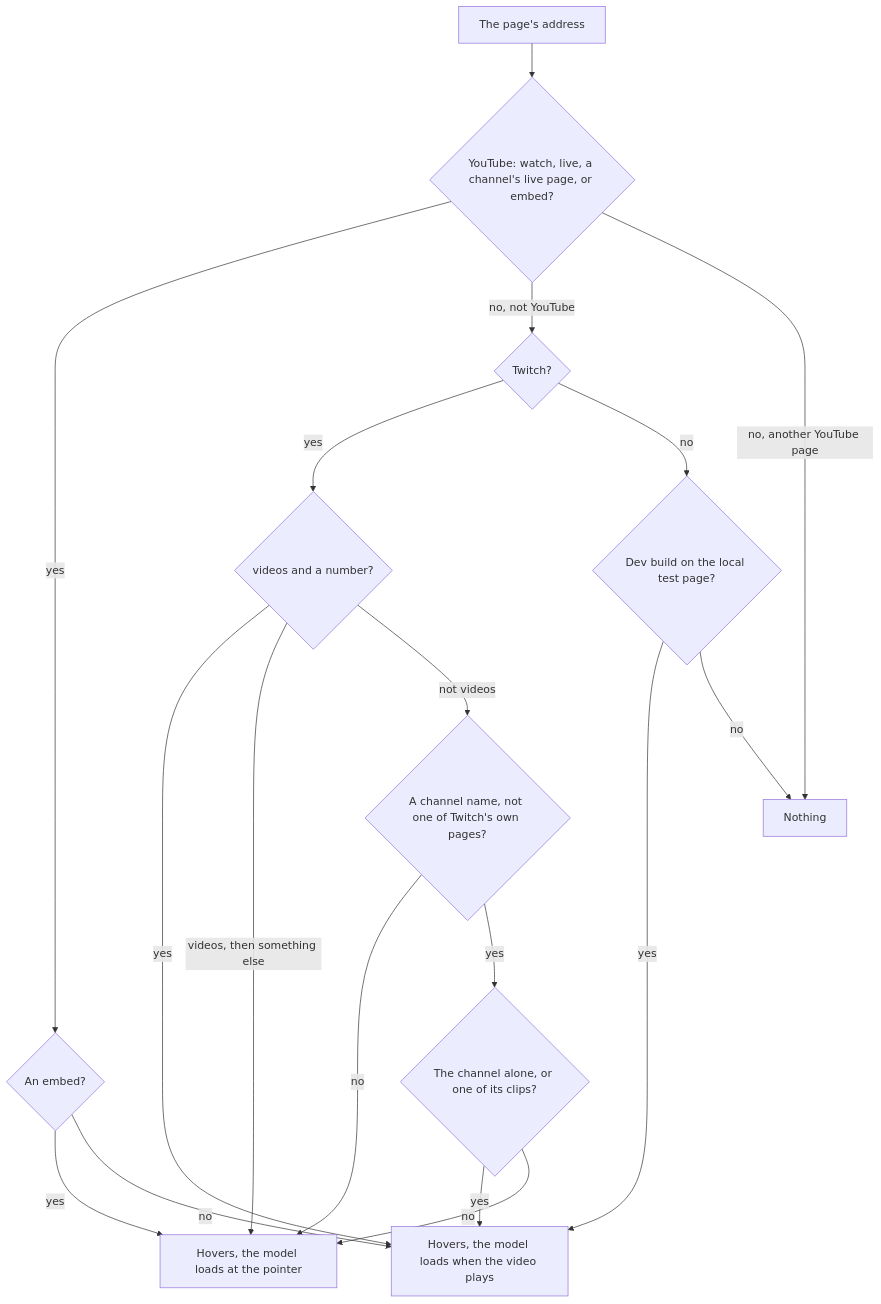
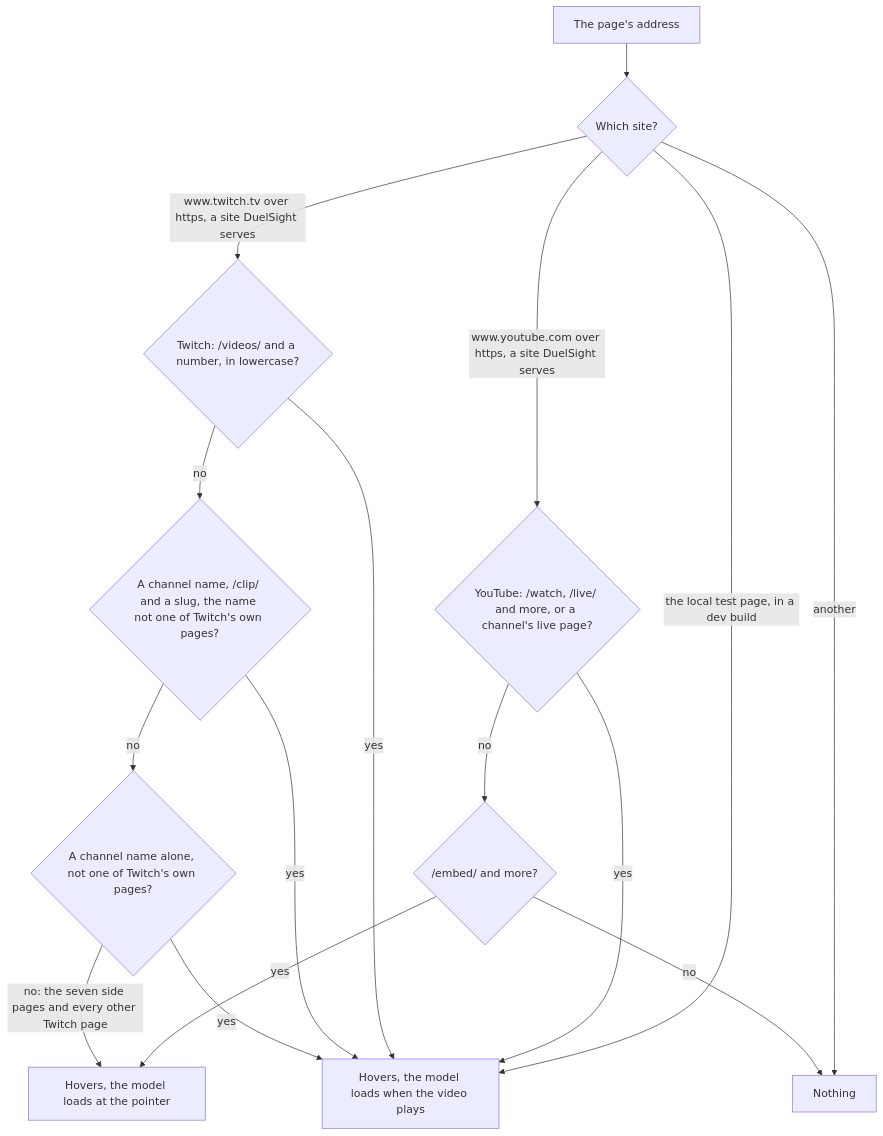
Before and after one commit to ryangswe/duelsight: the third of 14 diagrams in docs/hover-map.md, drawn with Mermaid. The commit also changed other lines of this file and 82 other files, not shown here.

````diff
--- a/docs/hover-map.md
+++ b/docs/hover-map.md
@@ -178,32 +209,29 @@
 ```mermaid
 flowchart TD
   U["The page's address"]
-  YT{"YouTube: watch, live, a channel's live page, or embed?"}
-  TW{"Twitch?"}
-  DEV{"Dev build on the local test page?"}
-  EMB{"An embed?"}
-  VID{"videos and a number?"}
-  CH{"A channel name, not one of Twitch's own pages?"}
-  CL{"The channel alone, or one of its clips?"}
+  S{"Which site?"}
+  YP{"YouTube: /watch, /live/ and more, or a channel's live page?"}
+  YE{"/embed/ and more?"}
+  TV{"Twitch: /videos/ and a number, in lowercase?"}
+  TC{"A channel name, /clip/ and a slug, the name not one of Twitch's own pages?"}
+  TN{"A channel name alone, not one of Twitch's own pages?"}
   NONE["Nothing"]
   HOVER["Hovers, the model loads at the pointer"]
   PLAY["Hovers, the model loads when the video plays"]
 
-  U --> YT
-  YT -->|"yes"| EMB
-  YT -->|"no, not YouTube"| TW
-  YT -->|"no, another YouTube page"| NONE
-  EMB -->|"yes"| HOVER
-  EMB -->|"no"| PLAY
-  TW -->|"yes"| VID
-  TW -->|"no"| DEV
-  DEV -->|"yes"| PLAY
-  DEV -->|"no"| NONE
-  VID -->|"yes"| PLAY
-  VID -->|"videos, then something else"| HOVER
-  VID -->|"not videos"| CH
-  CH -->|"no"| HOVER
-  CH -->|"yes"| CL
-  CL -->|"yes"| PLAY
-  CL -->|"no"| HOVER
+  U --> S
+  S -->|"www.youtube.com over https, a site DuelSight serves"| YP
+  S -->|"www.twitch.tv over https, a site DuelSight serves"| TV
+  S -->|"the local test page, in a dev build"| PLAY
+  S -->|"another"| NONE
+  YP -->|"yes"| PLAY
+  YP -->|"no"| YE
+  YE -->|"yes"| HOVER
+  YE -->|"no"| NONE
+  TV -->|"yes"| PLAY
+  TV -->|"no"| TC
+  TC -->|"yes"| PLAY
+  TC -->|"no"| TN
+  TN -->|"yes"| PLAY
+  TN -->|"no: the seven side pages and every other Twitch page"| HOVER
 ```
````
